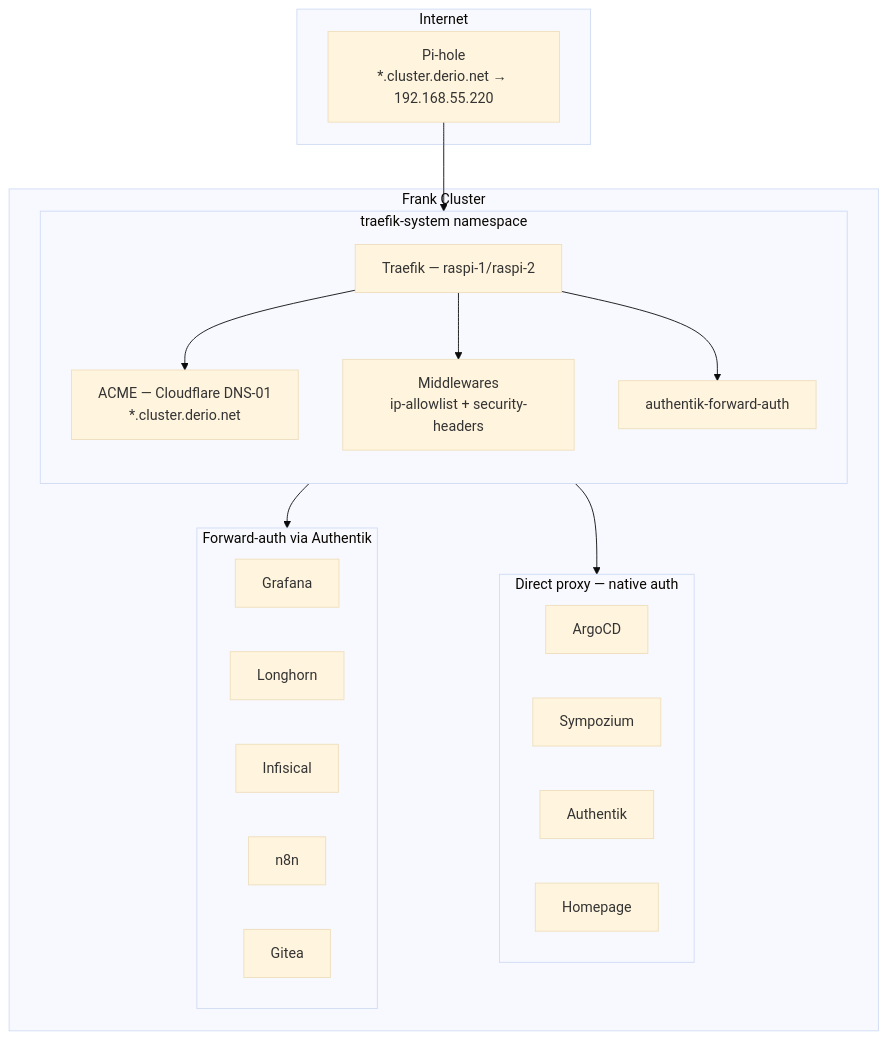
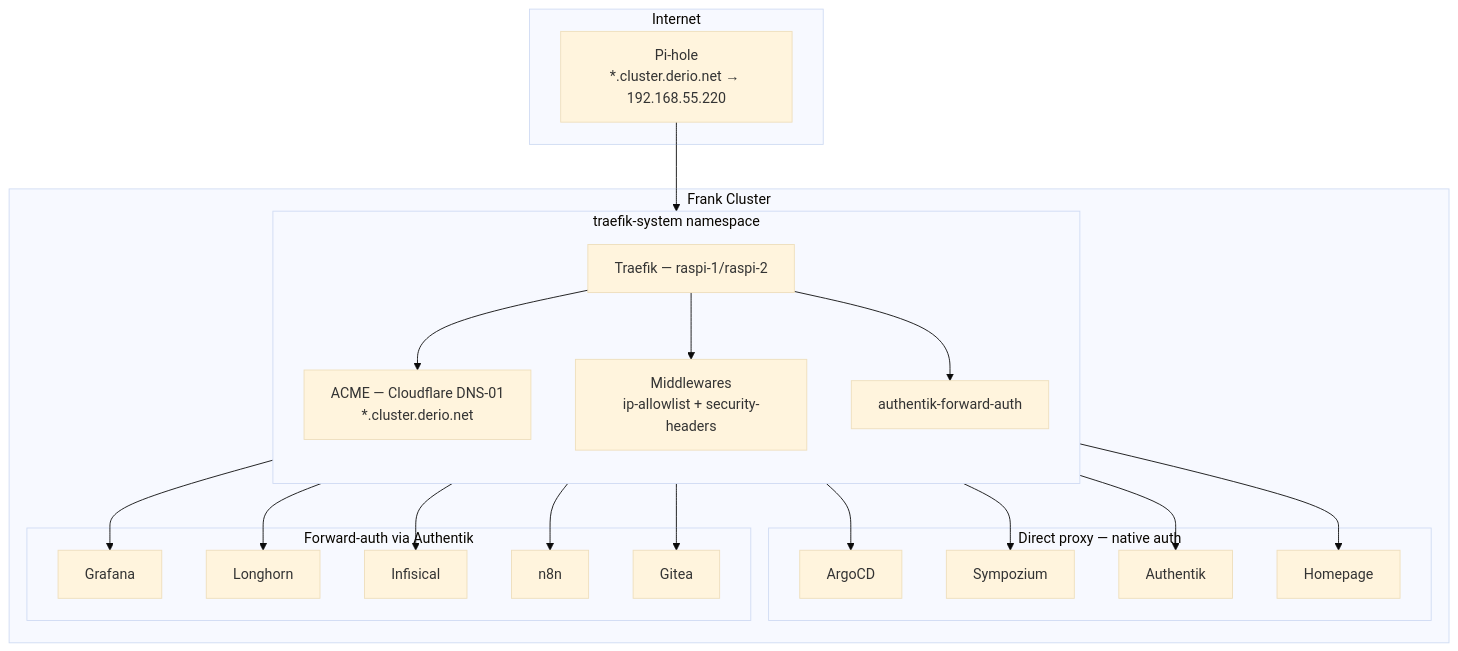
One commit to derio-net/frank changed the diagram in blog/content/docs/building/24-in-cluster-ingress/index.md. Above: the diagram before and after it, drawn with Mermaid (base theme). The commit also changed 24 other files, not shown here.

````diff
--- a/blog/content/docs/building/24-in-cluster-ingress/index.md
+++ b/blog/content/docs/building/24-in-cluster-ingress/index.md
@@ -21,34 +21,41 @@
 ```mermaid
 flowchart TD
   subgraph Internet
     DNS[Pi-hole<br/>*.cluster.derio.net → 192.168.55.220]
   end
   subgraph Cluster[Frank Cluster]
     subgraph Traefik[traefik-system namespace]
       direction TB
       T[Traefik — raspi-1/raspi-2]
       AC[ACME — Cloudflare DNS-01<br/>*.cluster.derio.net]
       MW[Middlewares<br/>ip-allowlist + security-headers]
       FA[authentik-forward-auth]
     end
     subgraph Direct[Direct proxy — native auth]
       A[ArgoCD]
       S[Sympozium]
       AK[Authentik]
       H[Homepage]
     end
     subgraph SSO[Forward-auth via Authentik]
       G[Grafana]
       L[Longhorn]
       I[Infisical]
       N[n8n]
       GI[Gitea]
     end
   end
   DNS --> T
   T --> AC
   T --> MW
   T --> FA
-  T --> Direct
-  T --> SSO
+  T --> A
+  T --> S
+  T --> AK
+  T --> H
+  FA --> G
+  FA --> L
+  FA --> I
+  FA --> N
+  FA --> GI
 ```
````
